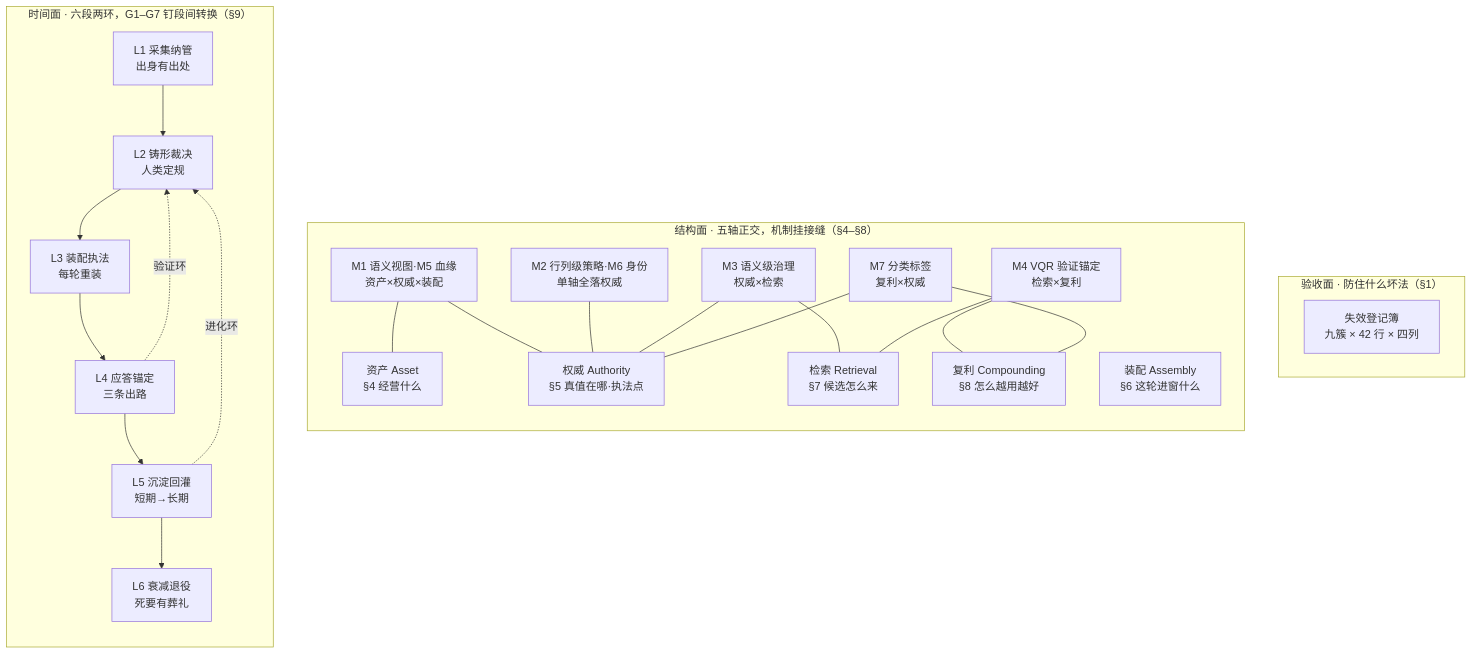
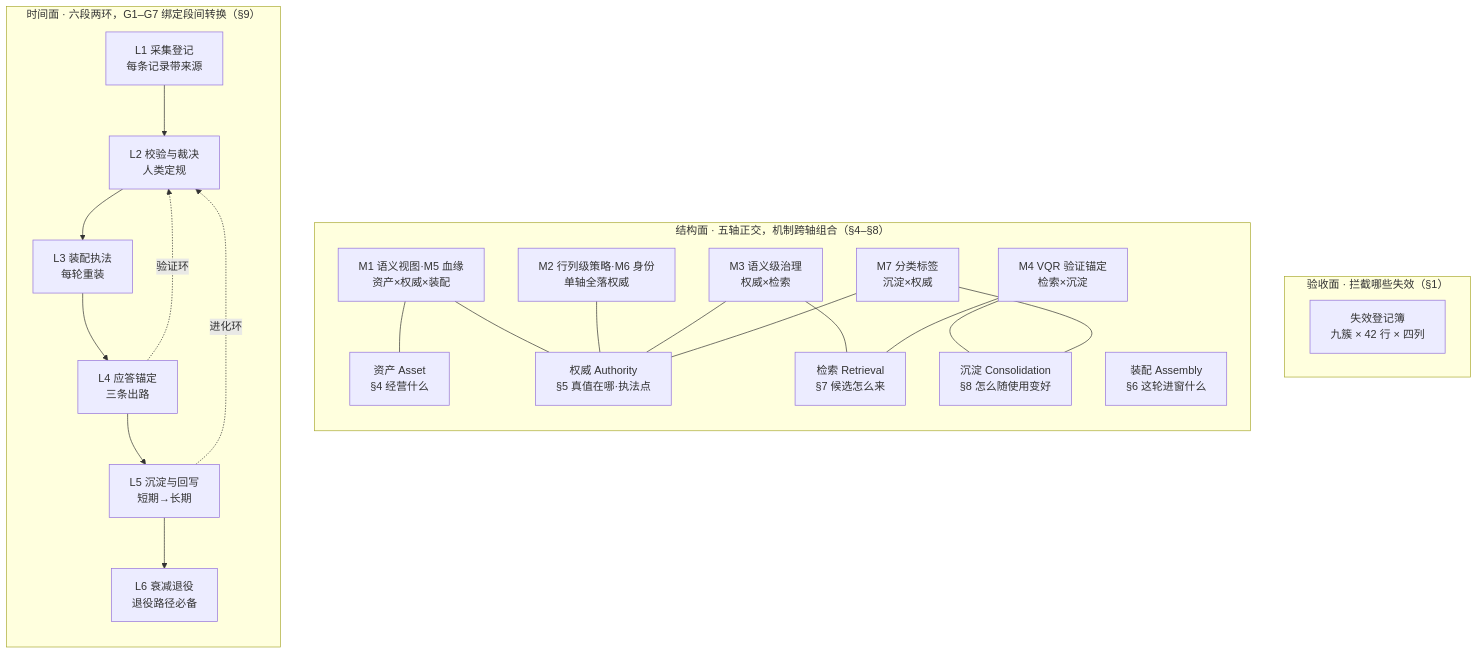
One commit to ThreeFish-AI/negentropy changed the diagram in docs/assets/mermaid/cognitive-context/context-layer-blueprint--architecture.mmd. Above: the diagram before and after it, drawn with Mermaid. The commit also changed 111 other files, not shown here.

First line of the commit message:
docs(cognitive-context): 13 张 Context Layer 配图去比喻重渲——candidate 全量入库、节点拓扑坐标零变动;

```diff
--- a/docs/assets/mermaid/cognitive-context/context-layer-blueprint--architecture.mmd
+++ b/docs/assets/mermaid/cognitive-context/context-layer-blueprint--architecture.mmd
@@ -1,42 +1,42 @@
-%%source: docs/research/cognitive-context/013-context-layer-blueprint.md §3 总纲：三面蓝图（§3.1 三面各自承重 / §3.3 机制＝接缝 / §3.4 六段两环）
+%%source: docs/research/cognitive-context/013-context-layer-blueprint.md §3 总纲：三面蓝图（§3.1 三面各自独立 / §3.3 机制＝多轴组合 / §3.4 六段两环）
 %%slug: cognitive-context/context-layer-blueprint--architecture
 %%type: architecture
-%%derived: archify architecture v3, redesigned from v2（三轴顺序链 → 三面独立承重：验收面登记簿九簇 × 结构面五轴+M1–M7 接缝挂件 × 时间面 L1–L6 六段+验证环/进化环两回边；v2 见 git 史）
+%%derived: archify architecture v3, redesigned from v2（三轴顺序链 → 三面各自独立：验收面登记簿九簇 × 结构面五轴+M1–M7 跨轴组合挂件 × 时间面 L1–L6 六段+验证环/进化环两回边；v2 见 git 史）
 flowchart TB
-    subgraph FACE1["验收面 · 防住什么坏法（§1）"]
+    subgraph FACE1["验收面 · 拦截哪些失效（§1）"]
         REG["失效登记簿<br/>九簇 × 42 行 × 四列"]
     end
-    subgraph FACE2["结构面 · 五轴正交，机制挂接缝（§4–§8）"]
+    subgraph FACE2["结构面 · 五轴正交，机制跨轴组合（§4–§8）"]
         direction TB
         A1["资产 Asset<br/>§4 经营什么"]
         A2["权威 Authority<br/>§5 真值在哪·执法点"]
         A3["装配 Assembly<br/>§6 这轮进窗什么"]
         A4["检索 Retrieval<br/>§7 候选怎么来"]
-        A5["复利 Compounding<br/>§8 怎么越用越好"]
+        A5["沉淀 Consolidation<br/>§8 怎么随使用变好"]
         M15["M1 语义视图·M5 血缘<br/>资产×权威×装配"]
         M26["M2 行列级策略·M6 身份<br/>单轴全落权威"]
         M3["M3 语义级治理<br/>权威×检索"]
-        M4["M4 VQR 验证锚定<br/>检索×复利"]
-        M7["M7 分类标签<br/>复利×权威"]
+        M4["M4 VQR 验证锚定<br/>检索×沉淀"]
+        M7["M7 分类标签<br/>沉淀×权威"]
         M15 --- A1
         M15 --- A2
         M26 --- A2
         M3 --- A2
         M3 --- A4
         M4 --- A4
         M4 --- A5
         M7 --- A5
         M7 --- A2
     end
-    subgraph FACE3["时间面 · 六段两环，G1–G7 钉段间转换（§9）"]
+    subgraph FACE3["时间面 · 六段两环，G1–G7 绑定段间转换（§9）"]
         direction TB
-        L1["L1 采集纳管<br/>出身有出处"]
-        L2["L2 铸形裁决<br/>人类定规"]
+        L1["L1 采集登记<br/>每条记录带来源"]
+        L2["L2 校验与裁决<br/>人类定规"]
         L3["L3 装配执法<br/>每轮重装"]
         L4["L4 应答锚定<br/>三条出路"]
-        L5["L5 沉淀回灌<br/>短期→长期"]
-        L6["L6 衰减退役<br/>死要有葬礼"]
+        L5["L5 沉淀与回写<br/>短期→长期"]
+        L6["L6 衰减退役<br/>退役路径必备"]
         L1 --> L2 --> L3 --> L4 --> L5 --> L6
         L4 -.->|"验证环"| L2
         L5 -.->|"进化环"| L2
     end
```
